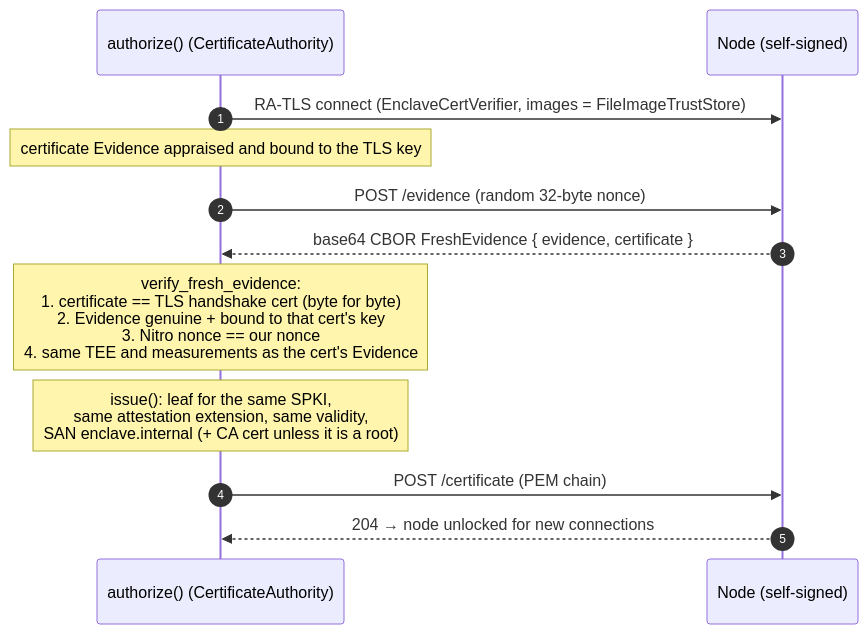
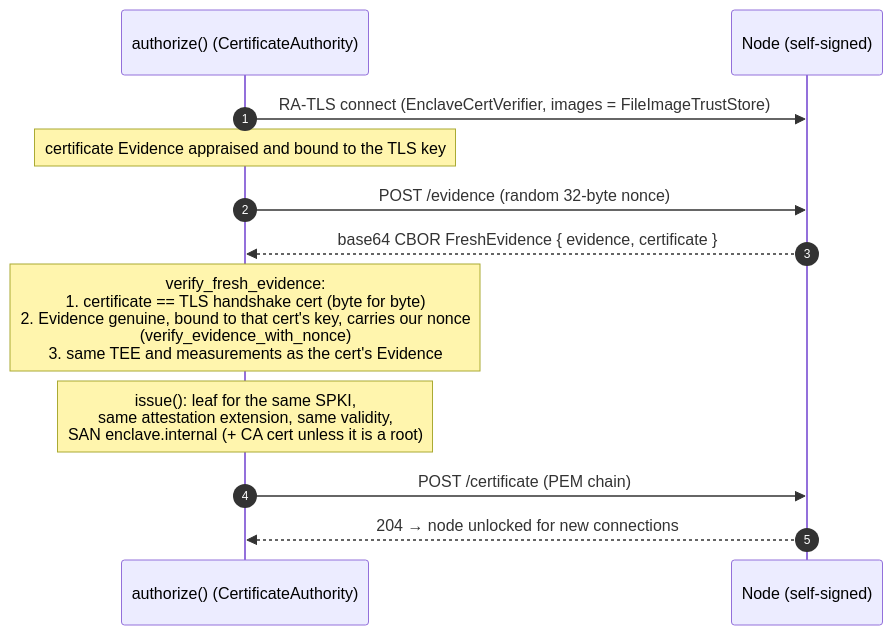
Before and after one commit to Lanetus/TTKServer: the second of 2 diagrams in docs/src/root.md, drawn with Mermaid. The commit also changed other lines of this file and 6 other files, not shown here.

First line of the commit message:
fix: update the mdBook architecture docs to v6.5.0 (#103)

````diff
--- a/docs/src/root.md
+++ b/docs/src/root.md
@@ -65,15 +64,15 @@
 ```mermaid
 sequenceDiagram
     autonumber
     participant CA as authorize() (CertificateAuthority)
     participant N as Node (self-signed)
 
     CA->>N: RA-TLS connect (EnclaveCertVerifier, images = FileImageTrustStore)
     Note over CA: certificate Evidence appraised and bound to the TLS key
     CA->>N: POST /evidence (random 32-byte nonce)
     N-->>CA: base64 CBOR FreshEvidence { evidence, certificate }
-    Note over CA: verify_fresh_evidence:<br/>1. certificate == TLS handshake cert (byte for byte)<br/>2. Evidence genuine + bound to that cert's key<br/>3. Nitro nonce == our nonce<br/>4. same TEE and measurements as the cert's Evidence
+    Note over CA: verify_fresh_evidence:<br/>1. certificate == TLS handshake cert (byte for byte)<br/>2. Evidence genuine, bound to that cert's key, carries our nonce<br/>(verify_evidence_with_nonce)<br/>3. same TEE and measurements as the cert's Evidence
     Note over CA: issue(): leaf for the same SPKI,<br/>same attestation extension, same validity,<br/>SAN enclave.internal (+ CA cert unless it is a root)
     CA->>N: POST /certificate (PEM chain)
     N-->>CA: 204 → node unlocked for new connections
 ```
````
